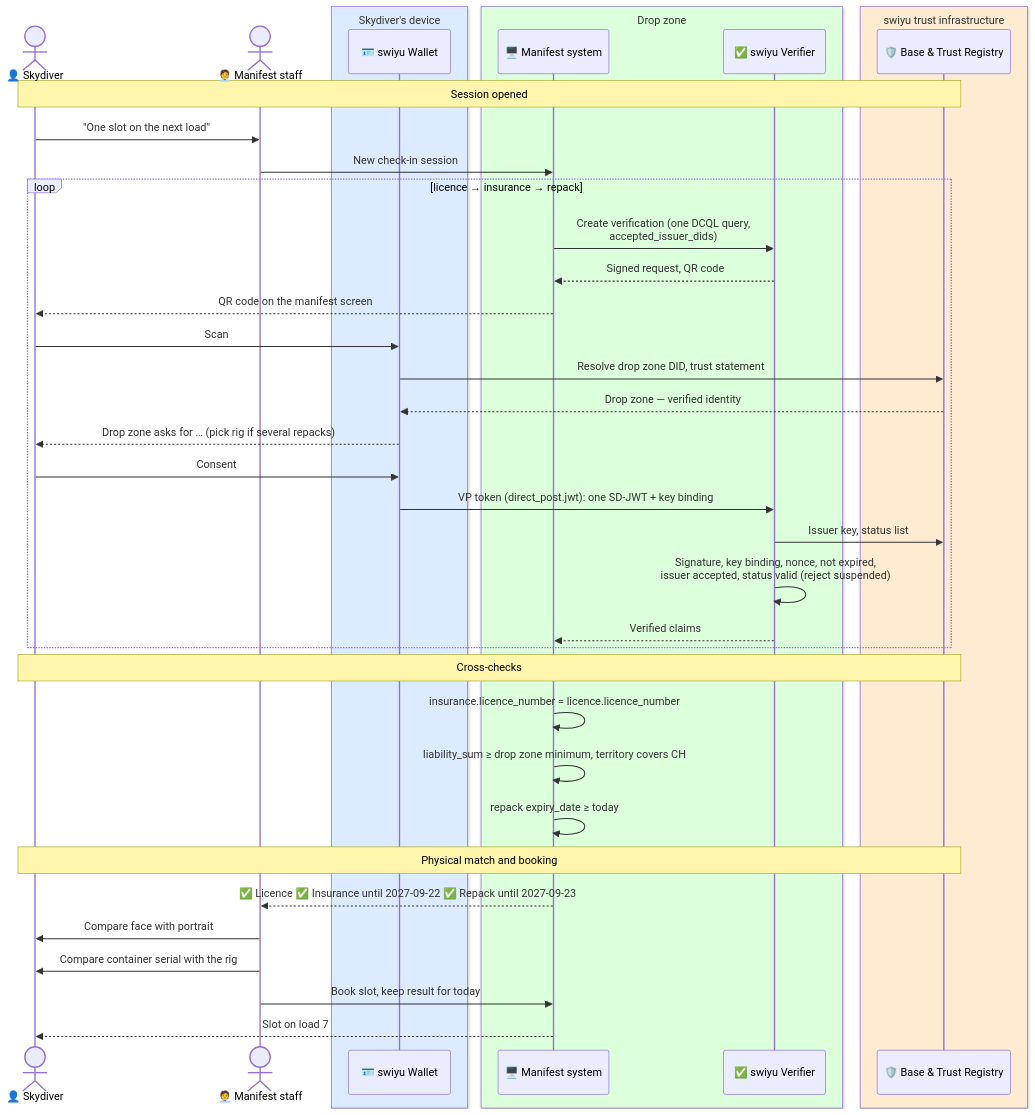
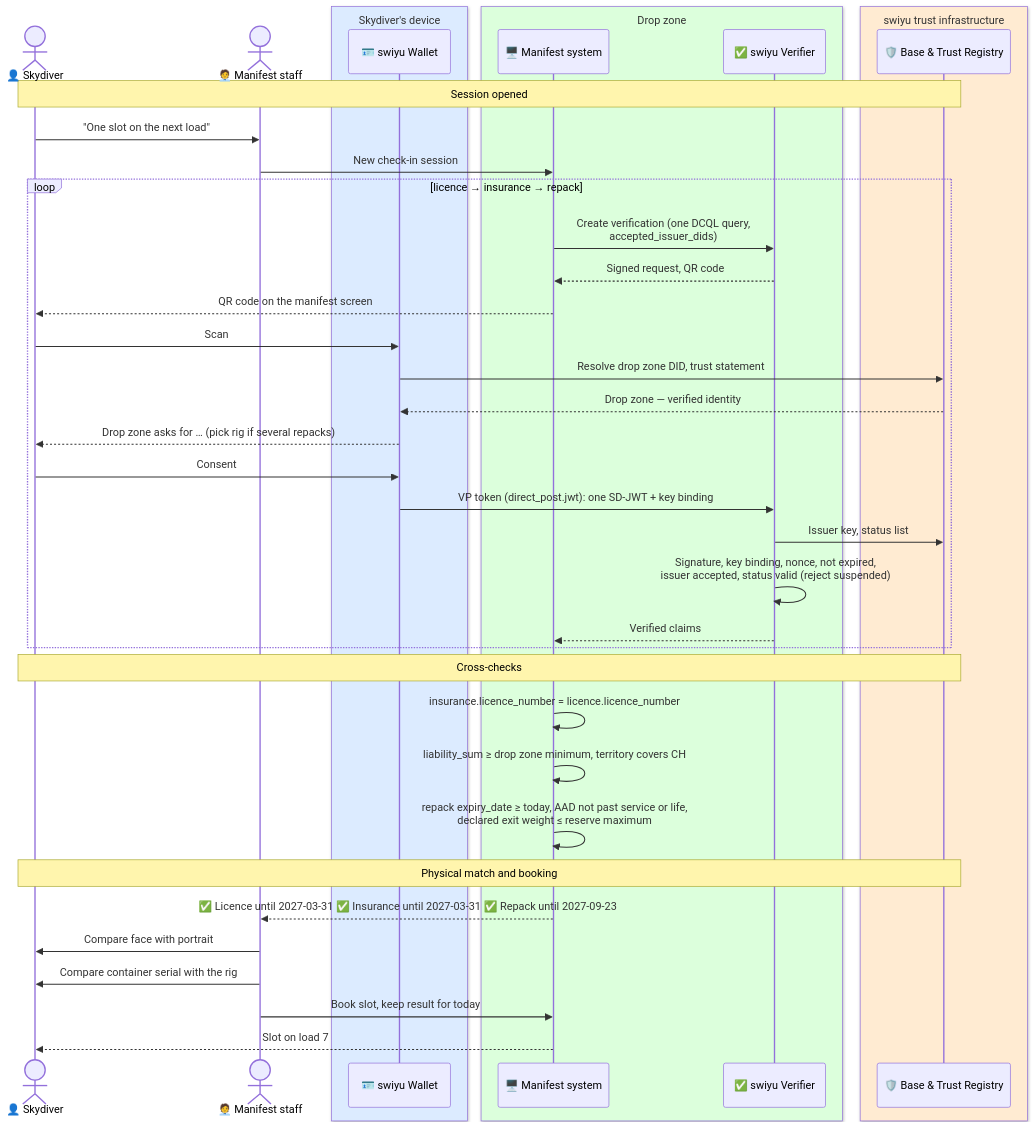
One commit to DIDAS-swiss/Trust-Flow-Diagram-Repository changed the diagram in sport/manifest-check-in.md. Above: the diagram before and after it, drawn with Mermaid. The commit also changed other lines of this file and 8 other files, not shown here.

````diff
--- a/sport/manifest-check-in.md
+++ b/sport/manifest-check-in.md
@@ -60,50 +69,50 @@
 ```mermaid
 %%{init: {"theme": "default", "themeVariables": {"fontFamily": "Inter, Arial"}}}%%
 sequenceDiagram
     actor Jumper as 👤 Skydiver
     actor Staff as 🧑‍💼 Manifest staff
 
     box rgb(220,235,255) Skydiver's device
         participant Wallet as 🪪 swiyu Wallet
     end
 
     box rgb(220,255,220) Drop zone
         participant Manifest as 🖥️ Manifest system
         participant Verifier as ✅ swiyu Verifier
     end
 
     box rgb(255,235,210) swiyu trust infrastructure
         participant Trust as 🛡️ Base & Trust Registry
     end
 
     Note over Jumper,Trust: Session opened
     Jumper->>Staff: "One slot on the next load"
     Staff->>Manifest: New check-in session
 
     loop licence → insurance → repack
         Manifest->>Verifier: Create verification (one DCQL query,<br/>accepted_issuer_dids)
         Verifier-->>Manifest: Signed request, QR code
         Manifest-->>Jumper: QR code on the manifest screen
         Jumper->>Wallet: Scan
         Wallet->>Trust: Resolve drop zone DID, trust statement
         Trust-->>Wallet: Drop zone — verified identity
         Wallet-->>Jumper: Drop zone asks for … (pick rig if several repacks)
         Jumper->>Wallet: Consent
         Wallet->>Verifier: VP token (direct_post.jwt): one SD-JWT + key binding
         Verifier->>Trust: Issuer key, status list
         Verifier->>Verifier: Signature, key binding, nonce, not expired,<br/>issuer accepted, status valid (reject suspended)
         Verifier-->>Manifest: Verified claims
     end
 
     Note over Jumper,Trust: Cross-checks
     Manifest->>Manifest: insurance.licence_number = licence.licence_number
     Manifest->>Manifest: liability_sum ≥ drop zone minimum, territory covers CH
-    Manifest->>Manifest: repack expiry_date ≥ today
+    Manifest->>Manifest: repack expiry_date ≥ today, AAD not past service or life,<br/>declared exit weight ≤ reserve maximum
 
     Note over Jumper,Trust: Physical match and booking
-    Manifest-->>Staff: ✅ Licence ✅ Insurance until 2027-09-22 ✅ Repack until 2027-09-23
+    Manifest-->>Staff: ✅ Licence until 2027-03-31 ✅ Insurance until 2027-03-31 ✅ Repack until 2027-09-23
     Staff->>Jumper: Compare face with portrait
     Staff->>Jumper: Compare container serial with the rig
     Staff->>Manifest: Book slot, keep result for today
     Manifest-->>Jumper: Slot on load 7
 ```
````
